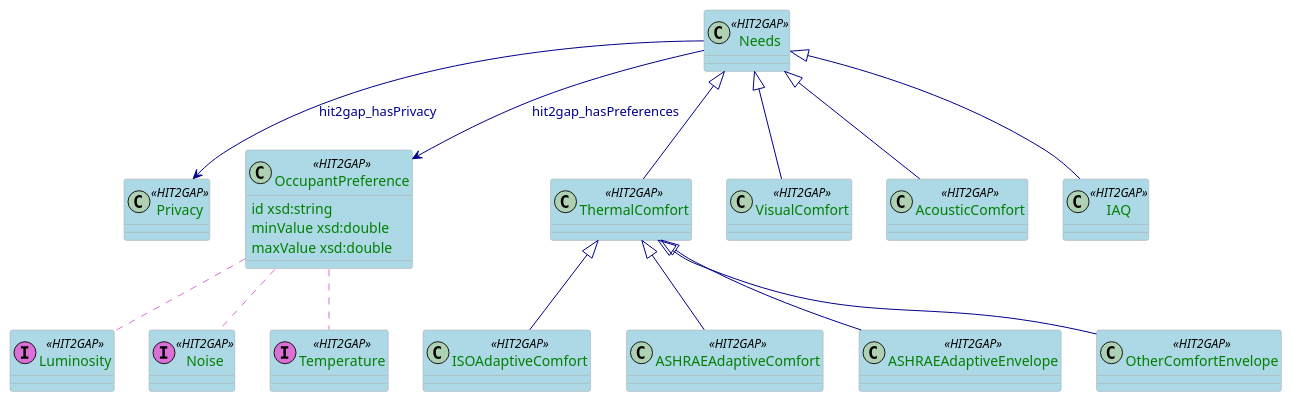
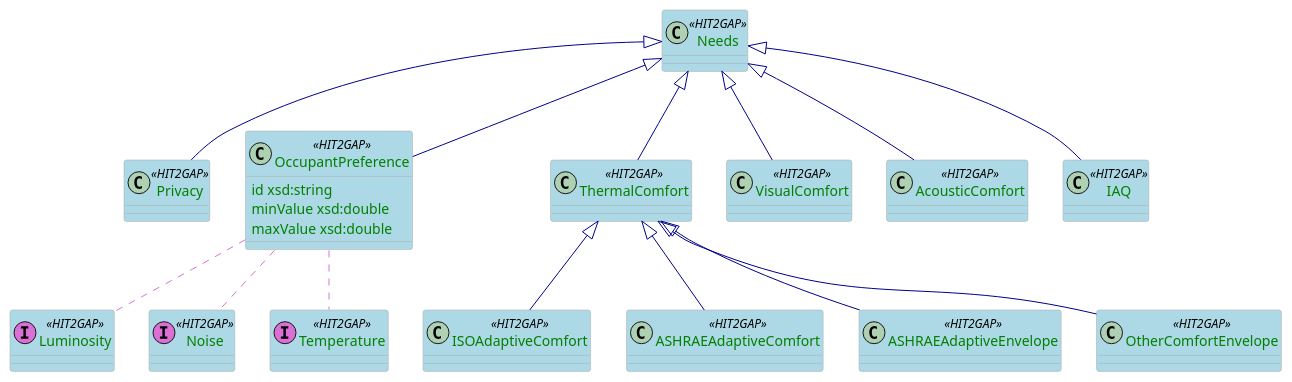
Before and after one commit to HIT2GAP-EU-PROJECT/BEMOnt: the diagram in docs/plantuml/NeedsSpecificationModel.puml, drawn with PlantUML.

Commit message:
Enhancements of the occupant Preference model

```diff
--- a/docs/plantuml/NeedsSpecificationModel.puml
+++ b/docs/plantuml/NeedsSpecificationModel.puml
@@ -1,87 +1,87 @@
 @startuml
 
 skinparam class {
   ArrowColor DarkBlue
   ArrowFontColor DarkBlue
   BackgroundColor LightBlue
   BorderColor DarkGrey
 }
 skinparam stereotypeCBackgroundColor Wheat
 skinparam classAttributeFontColor  Green
 
 class Needs <<HIT2GAP>>{
 
 }
 
 class Privacy <<HIT2GAP>>{
 
 }
 
 class OccupantPreference <<HIT2GAP>>{
   id xsd:string
   minValue xsd:double
   maxValue xsd:double
 }
 
 class ThermalComfort <<HIT2GAP>>{
 
 }
 
 
 class ISOAdaptiveComfort <<HIT2GAP>>{
 
 }
 
 class ASHRAEAdaptiveComfort <<HIT2GAP>>{
 
 }
 
 class ASHRAEAdaptiveEnvelope <<HIT2GAP>>{
 
 }
 
 class OtherComfortEnvelope <<HIT2GAP>>{
 
 }
 
 class VisualComfort <<HIT2GAP>>{
 
 }
 
 class AcousticComfort <<HIT2GAP>>{
 
 }
 
 class IAQ <<HIT2GAP>>{
 
 }
 
 class Luminosity <<I,orchid) HIT2GAP>>{
 
 }
 
 class Noise <<I,orchid) HIT2GAP>>{
 
 }
 
 class Temperature <<I,orchid) HIT2GAP>>{
 
 }
 
-Needs --> Privacy:hit2gap_hasPrivacy
-Needs --> OccupantPreference:hit2gap_hasPreferences
+Needs <|-- Privacy
+Needs <|-- OccupantPreference
 OccupantPreference ..[#orchid] Luminosity
 OccupantPreference ..[#orchid] Noise
 OccupantPreference ..[#orchid] Temperature
 
 Needs <|-- ThermalComfort
 Needs<|-- VisualComfort
 Needs <|-- AcousticComfort
 Needs <|-- IAQ
 
 ThermalComfort<|-- ISOAdaptiveComfort
 ThermalComfort<|-- ASHRAEAdaptiveComfort
 ThermalComfort<|-- ASHRAEAdaptiveEnvelope
 ThermalComfort<|-- OtherComfortEnvelope
 
 @enduml
```
